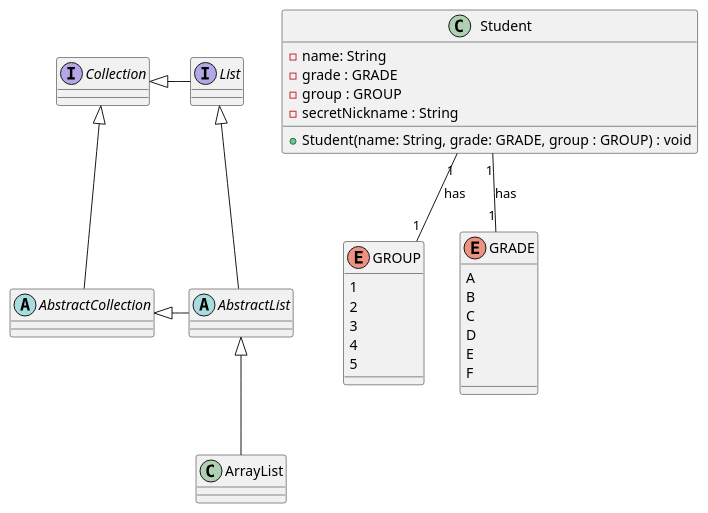
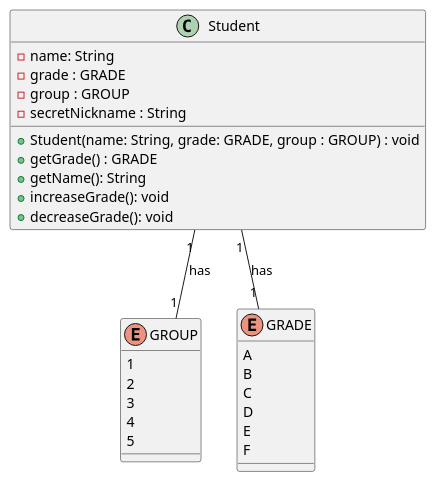
One commit to abinormal/oop-uml-student-class changed the diagram in Student.puml. Above: the diagram before and after it, drawn with PlantUML. The commit also changed 1 other file, not shown here.

```diff
--- a/Student.puml
+++ b/Student.puml
@@ -1,43 +1,35 @@
 @startuml
 'https://plantuml.com/class-diagram
-
-abstract class AbstractList
-abstract AbstractCollection
-interface List
-interface Collection
-
-List <|-- AbstractList
-Collection <|-- AbstractCollection
-
-Collection <|- List
-AbstractCollection <|- AbstractList
-AbstractList <|-- ArrayList
 
 class Student {
     - name: String
     - grade : GRADE
     - group : GROUP
     - secretNickname : String
     + Student(name: String, grade: GRADE, group : GROUP) : void
+    + getGrade() : GRADE
+    + getName(): String
+    + increaseGrade(): void
+    + decreaseGrade(): void
 }
 Student "1" -- "1" GROUP : has
 Student "1" -- "1" GRADE : has
 
 enum GROUP {
 1
 2
 3
 4
 5
 }
 
 enum GRADE {
 A
 B
 C
 D
 E
 F
 }
 
 @enduml
```
